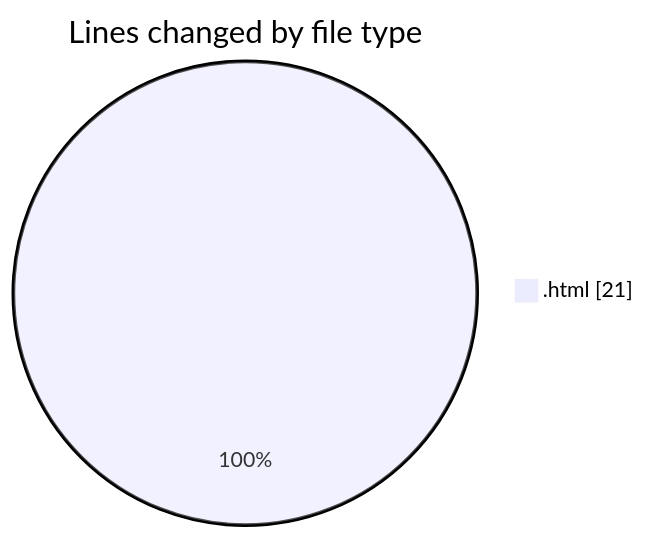
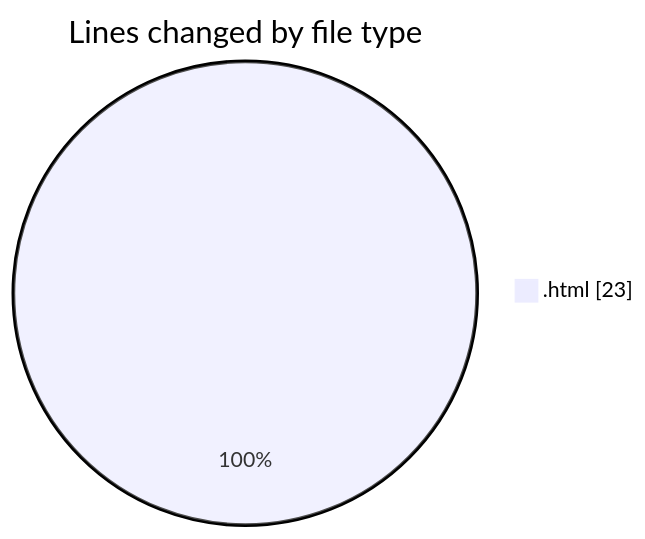
The first of 2 diagrams in 2025-12-13/technologie_web/README.md (hasnaa123/code-tracking), drawn with Mermaid before and after one commit. The commit also changed other lines of this file and 1 other file, not shown here.

````diff
--- a/2025-12-13/technologie_web/README.md
+++ b/2025-12-13/technologie_web/README.md
@@ -20,5 +20,5 @@
 ```mermaid
 pie showData
 title Lines changed by file type
-".html" : 21
+".html" : 23
 ```
````
